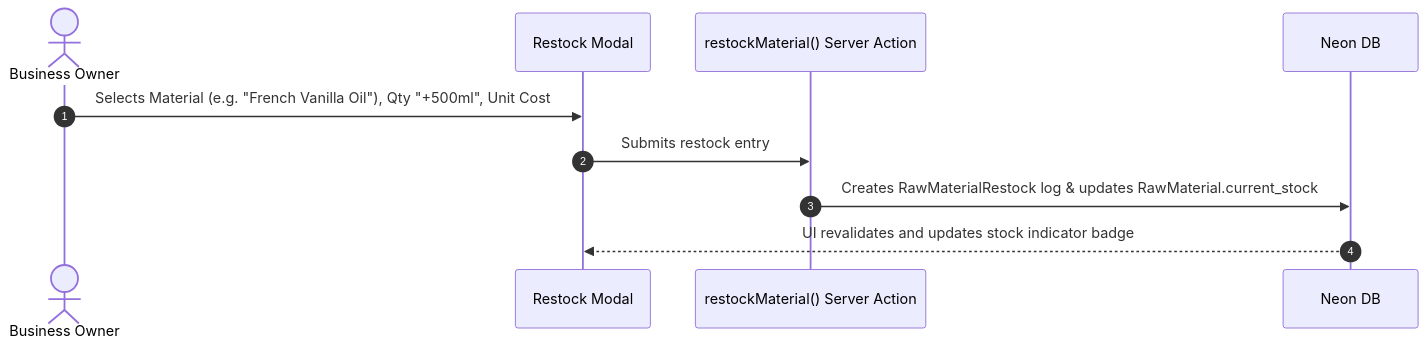
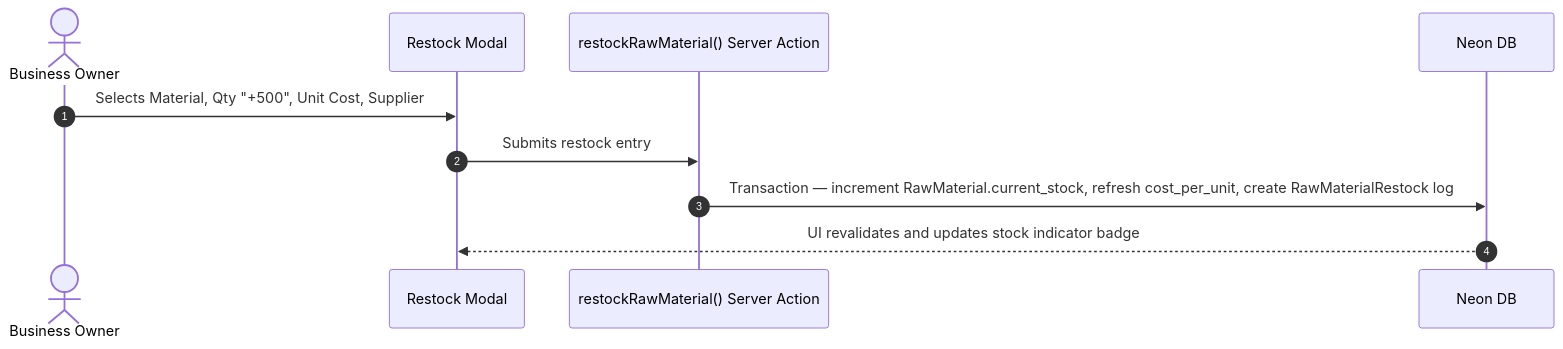
Before and after one commit to hashir1313/invento: the fourth of 6 diagrams in docs/architecture.md, drawn with Mermaid. The commit also changed other lines of this file and 6 other files, not shown here.

````diff
--- a/docs/architecture.md
+++ b/docs/architecture.md
@@ -98,13 +102,13 @@
 ```mermaid
 sequenceDiagram
     autonumber
     actor Owner as Business Owner
     participant UI as Restock Modal
-    participant Action as restockMaterial() Server Action
+    participant Action as restockRawMaterial() Server Action
     participant DB as Neon DB
 
-    Owner->>UI: Selects Material (e.g. "French Vanilla Oil"), Qty "+500ml", Unit Cost
+    Owner->>UI: Selects Material, Qty "+500", Unit Cost, Supplier
     UI->>Action: Submits restock entry
-    Action->>DB: Creates RawMaterialRestock log & updates RawMaterial.current_stock
+    Action->>DB: Transaction — increment RawMaterial.current_stock, refresh cost_per_unit, create RawMaterialRestock log
     DB-->>UI: UI revalidates and updates stock indicator badge
 ```
````
